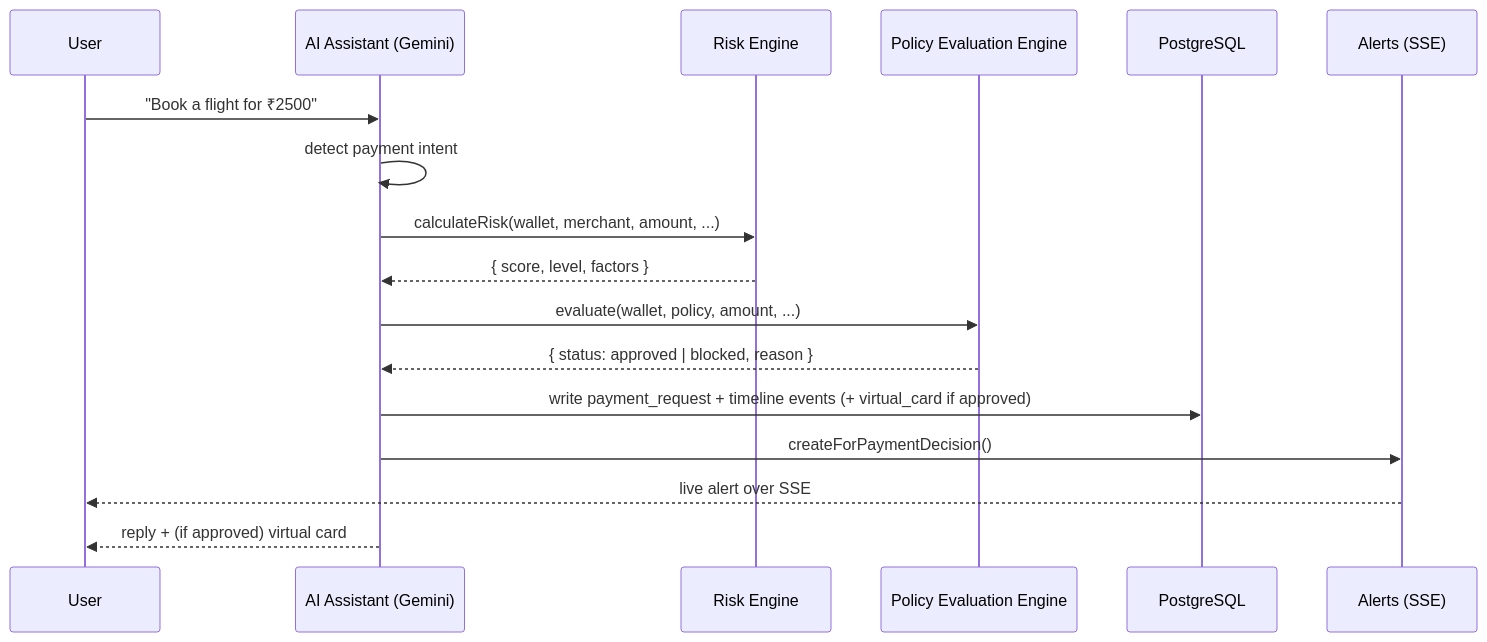
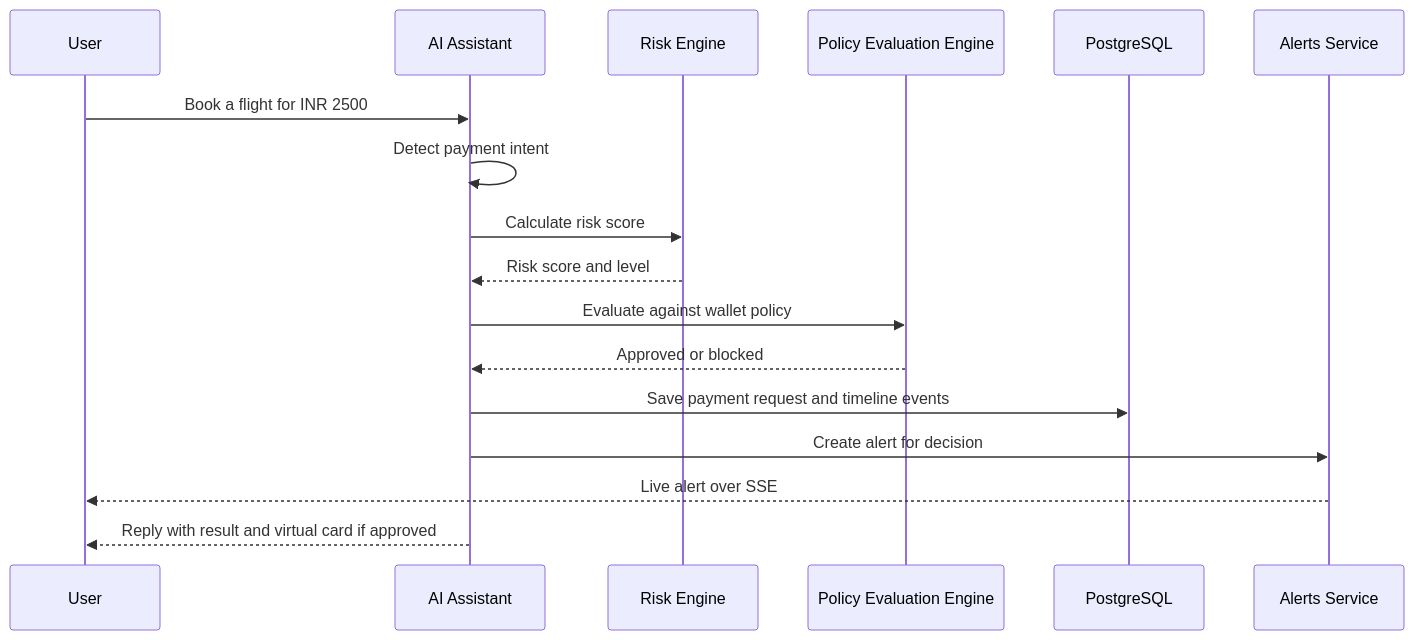
One commit to Sabithra-M/AgentWallet changed the second of 3 diagrams in README.md. Above: the diagram before and after it, drawn with Mermaid. The commit also changed other lines of this file, not shown here.

Commit message:
Improve README architecture diagrams and fix Mermaid rendering

````diff
--- a/README.md
+++ b/README.md
@@ -53,20 +59,20 @@
 ```mermaid
 sequenceDiagram
     participant User
-    participant Assistant as AI Assistant (Gemini)
+    participant Assistant as AI Assistant
     participant Risk as Risk Engine
     participant Policy as Policy Evaluation Engine
     participant DB as PostgreSQL
-    participant Alerts as Alerts (SSE)
+    participant Alerts as Alerts Service
 
-    User->>Assistant: "Book a flight for ₹2500"
-    Assistant->>Assistant: detect payment intent
-    Assistant->>Risk: calculateRisk(wallet, merchant, amount, ...)
-    Risk-->>Assistant: { score, level, factors }
-    Assistant->>Policy: evaluate(wallet, policy, amount, ...)
-    Policy-->>Assistant: { status: approved | blocked, reason }
-    Assistant->>DB: write payment_request + timeline events (+ virtual_card if approved)
-    Assistant->>Alerts: createForPaymentDecision()
-    Alerts-->>User: live alert over SSE
-    Assistant-->>User: reply + (if approved) virtual card
+    User->>Assistant: Book a flight for INR 2500
+    Assistant->>Assistant: Detect payment intent
+    Assistant->>Risk: Calculate risk score
+    Risk-->>Assistant: Risk score and level
+    Assistant->>Policy: Evaluate against wallet policy
+    Policy-->>Assistant: Approved or blocked
+    Assistant->>DB: Save payment request and timeline events
+    Assistant->>Alerts: Create alert for decision
+    Alerts-->>User: Live alert over SSE
+    Assistant-->>User: Reply with result and virtual card if approved
 ```
````
